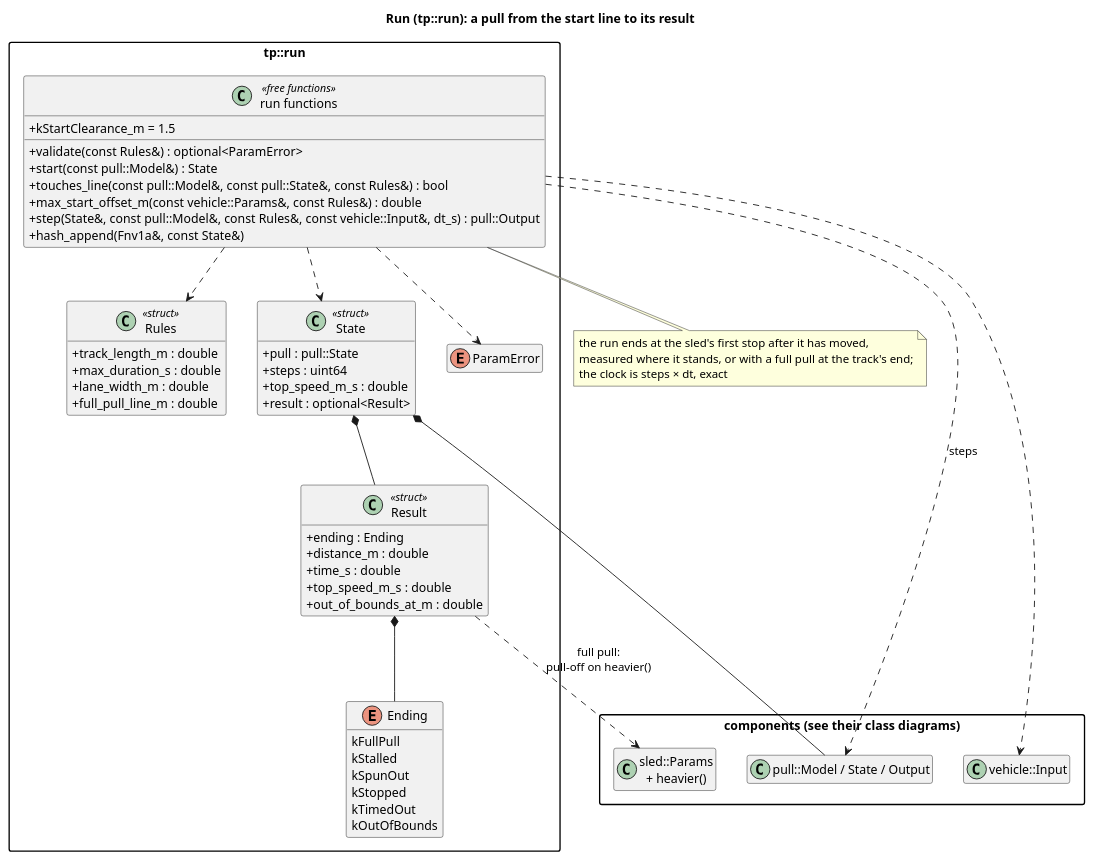
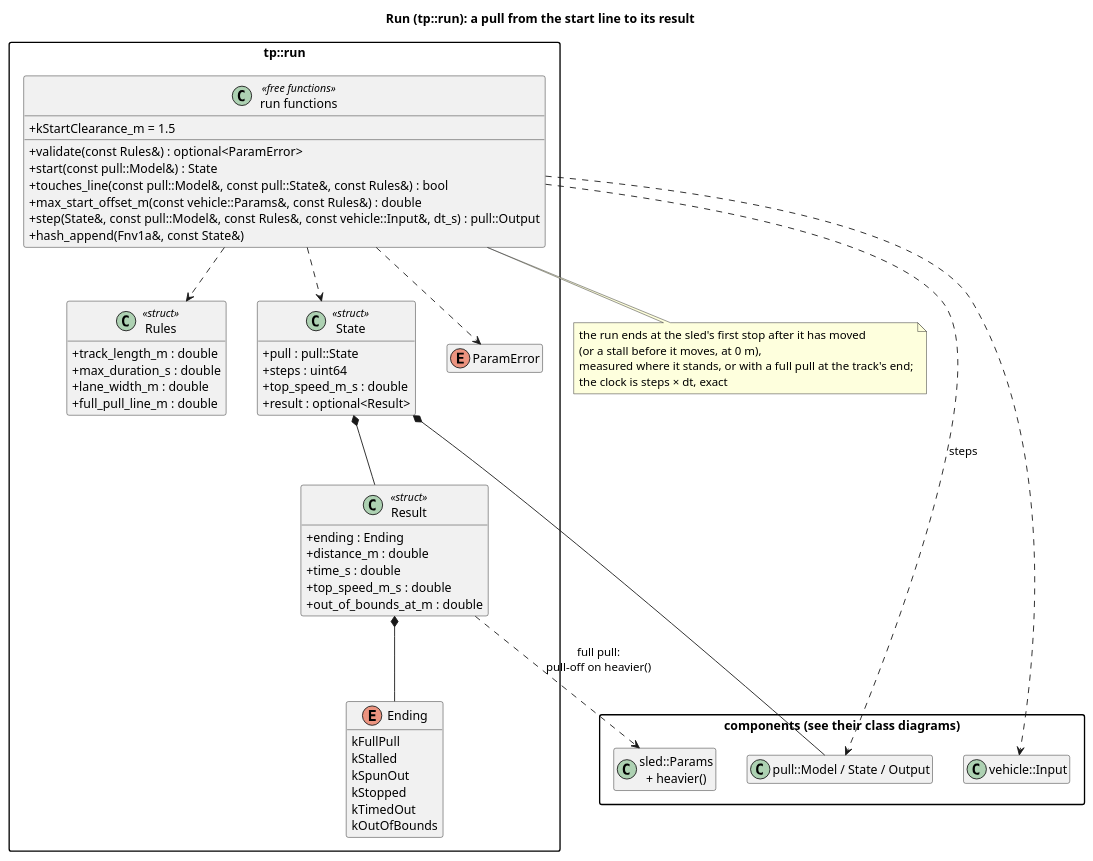
Before and after one commit to wversteeg/TractorPulling: the diagram in docs/diagrams/run_classes.puml, drawn with PlantUML. The commit also changed 10 other files, not shown here.

First line of the commit message:
A stall before the sled moves ends the pull; HOLD from taking up the slack

```diff
--- a/docs/diagrams/run_classes.puml
+++ b/docs/diagrams/run_classes.puml
@@ -1,66 +1,67 @@
 @startuml run_classes
 title Run (tp::run): a pull from the start line to its result
 hide empty members
 skinparam packageStyle rectangle
 skinparam classAttributeIconSize 0
 
 package "components (see their class diagrams)" {
   class "pull::Model / State / Output" as Pull
   class "sled::Params\n+ heavier()" as Sled
   class "vehicle::Input" as Input
 }
 
 package "tp::run" {
   class Rules <<struct>> {
     +track_length_m : double
     +max_duration_s : double
     +lane_width_m : double
     +full_pull_line_m : double
   }
   enum Ending {
     kFullPull
     kStalled
     kSpunOut
     kStopped
     kTimedOut
     kOutOfBounds
   }
   class Result <<struct>> {
     +ending : Ending
     +distance_m : double
     +time_s : double
     +top_speed_m_s : double
     +out_of_bounds_at_m : double
   }
   class State <<struct>> {
     +pull : pull::State
     +steps : uint64
     +top_speed_m_s : double
     +result : optional<Result>
   }
   enum ParamError
   class "run functions" as RunFns <<free functions>> {
     +validate(const Rules&) : optional<ParamError>
     +start(const pull::Model&) : State
     +touches_line(const pull::Model&, const pull::State&, const Rules&) : bool
     +max_start_offset_m(const vehicle::Params&, const Rules&) : double
     +kStartClearance_m = 1.5
     +step(State&, const pull::Model&, const Rules&, const vehicle::Input&, dt_s) : pull::Output
     +hash_append(Fnv1a&, const State&)
   }
   Result *-- Ending
   State *-- Result
   RunFns ..> Rules
   RunFns ..> State
   RunFns ..> ParamError
 }
 State *-- Pull
 RunFns ..> Input
 RunFns ..> Pull : steps
 Result ..> Sled : full pull:\npull-off on heavier()
 note bottom of RunFns
-  the run ends at the sled's first stop after it has moved,
+  the run ends at the sled's first stop after it has moved
+  (or a stall before it moves, at 0 m),
   measured where it stands, or with a full pull at the track's end;
   the clock is steps × dt, exact
 end note
 @enduml
```
